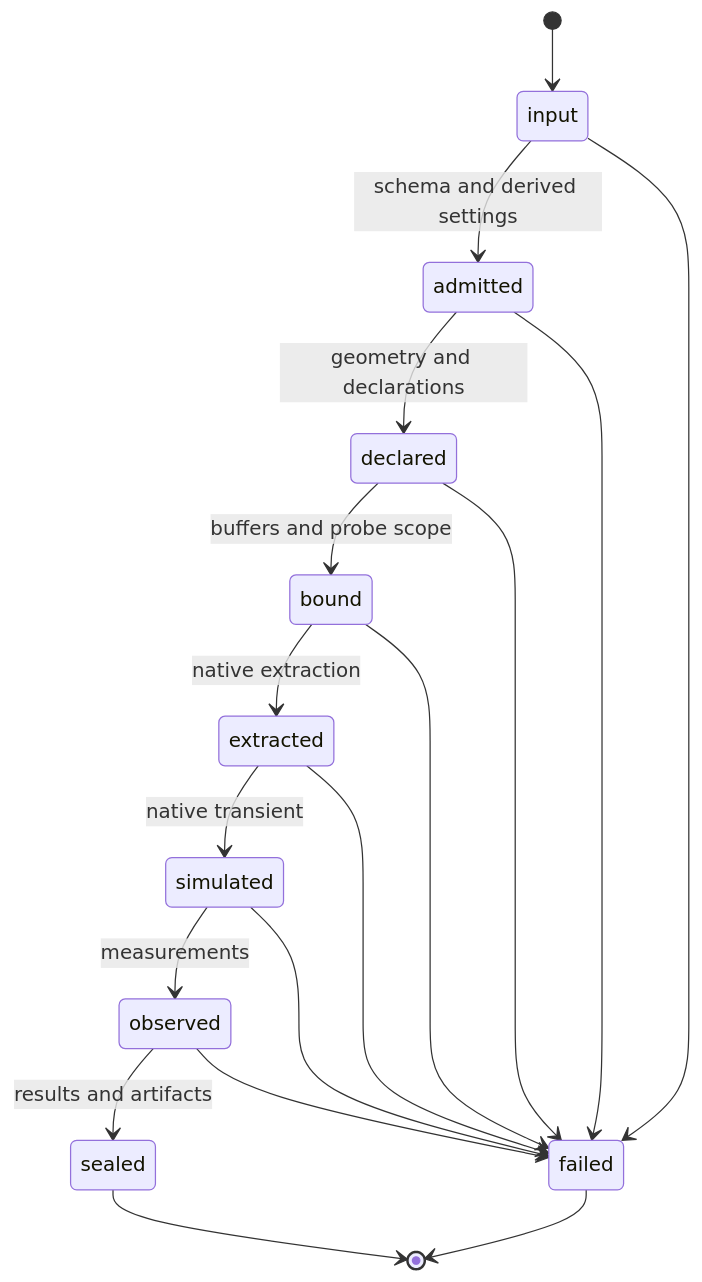
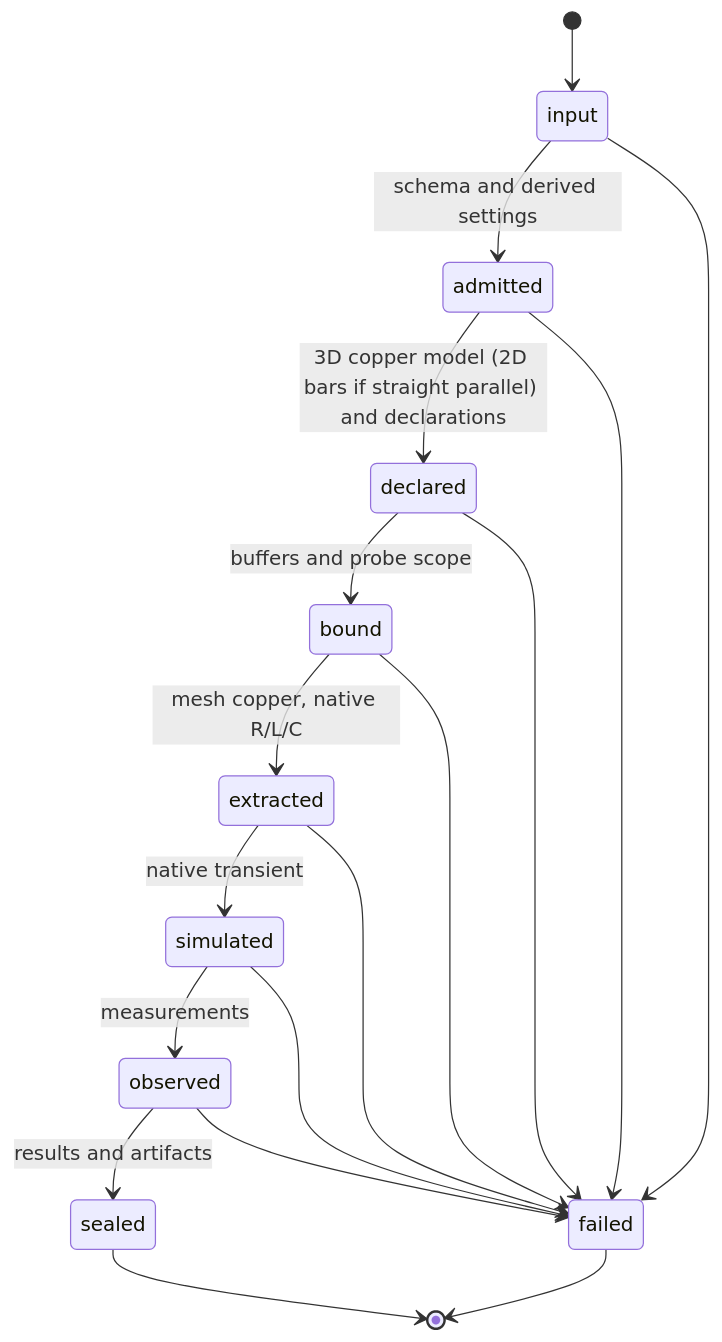
One commit to tscircuit/pcb-spice-pipeline changed the second of 2 diagrams in docs/ARCHITECTURE.md. Above: the diagram before and after it, drawn with Mermaid. The commit also changed 1 other file, not shown here.

Commit message:
docs: keep the 3D copper model step from main in the state diagrams

````diff
--- a/docs/ARCHITECTURE.md
+++ b/docs/ARCHITECTURE.md
@@ -24,20 +24,20 @@
 ```mermaid
 stateDiagram-v2
   [*] --> input
   input --> admitted: schema and derived settings
-  admitted --> declared: geometry and declarations
+  admitted --> declared: 3D copper model (2D bars if straight parallel) and declarations
   declared --> bound: buffers and probe scope
-  bound --> extracted: native extraction
+  bound --> extracted: mesh copper, native R/L/C
   extracted --> simulated: native transient
   simulated --> observed: measurements
   observed --> sealed: results and artifacts
   input --> failed
   admitted --> failed
   declared --> failed
   bound --> failed
   extracted --> failed
   simulated --> failed
   observed --> failed
   sealed --> [*]
   failed --> [*]
 ```
````
